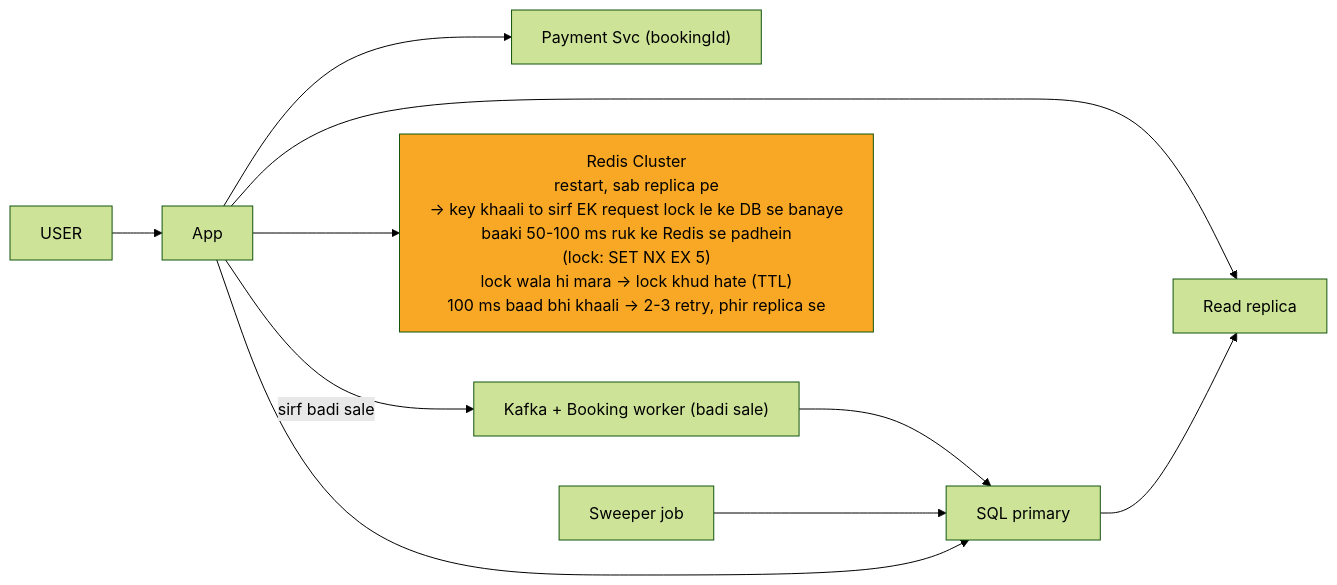
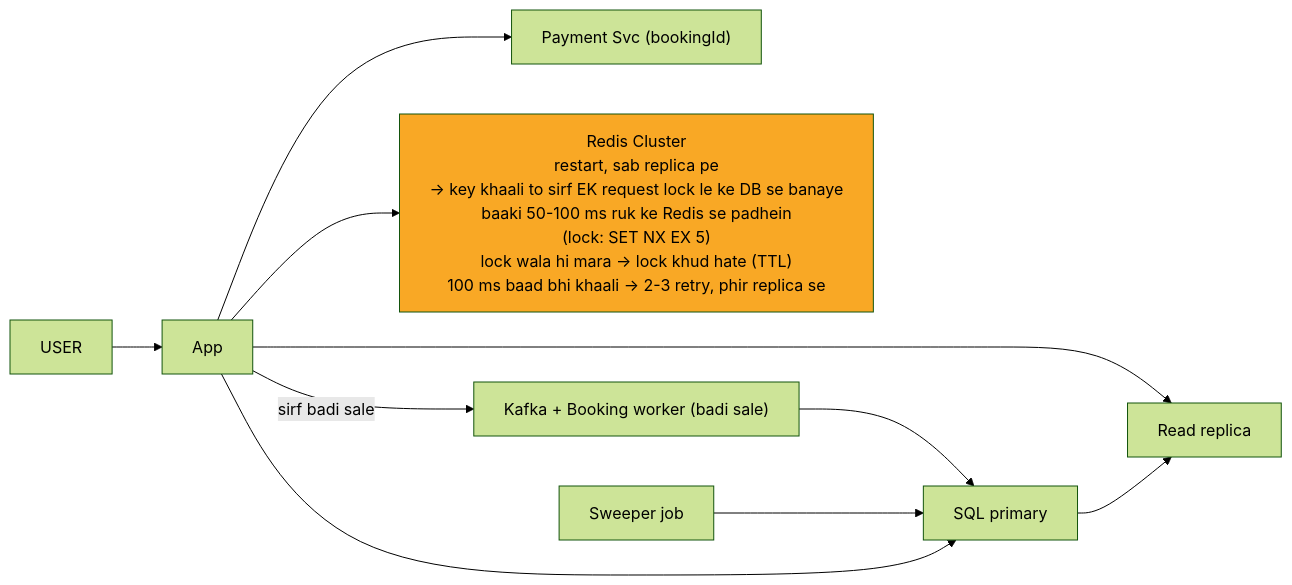
One commit to ArpanMaheshwari144/Prep changed the seventh of 9 diagrams in 04_HLD/SYSTEM_DESIGNS/09_bookmyshow/09_bookmyshow_INTERVIEW.md. Above: the diagram before and after it, drawn with Mermaid (forest theme). The commit also changed other lines of this file and 182 other files, not shown here.

Commit message:
hld 14 file: har diagram mermaid-cli se SVG image (source details me), n_pad hataya, render tool 04_HLD/tools

````diff
--- a/04_HLD/SYSTEM_DESIGNS/09_bookmyshow/09_bookmyshow_INTERVIEW.md
+++ b/04_HLD/SYSTEM_DESIGNS/09_bookmyshow/09_bookmyshow_INTERVIEW.md
@@ -300,25 +328,22 @@
 ```mermaid
 %%{init: {"flowchart": {"wrappingWidth": 450}}}%%
 flowchart LR
     n_USER["USER"]
     n_App["App"]
     n_Payment_Svc["Payment Svc (bookingId)"]
     n_Redis["Redis Cluster<br/>restart, sab replica pe<br/>-> key khaali to sirf EK request lock le ke DB se banaye<br/>baaki 50-100 ms ruk ke Redis se padhein<br/>(lock: SET NX EX 5)<br/>lock wala hi mara -> lock khud hate (TTL)<br/>100 ms baad bhi khaali -> 2-3 retry, phir replica se"]
     n_Read_replica["Read replica"]
     n_KB["Kafka + Booking worker (badi sale)"]
     n_SQL_primary["SQL primary"]
     n_Sweeper_job["Sweeper job"]
     n_USER --> n_App
     n_App --> n_Payment_Svc
     n_App --> n_Redis
     n_App --> n_Read_replica
     n_App -->|sirf badi sale| n_KB
     n_KB --> n_SQL_primary
     n_Sweeper_job --> n_SQL_primary
     n_App --> n_SQL_primary
     n_SQL_primary --> n_Read_replica
-    n_pad["xxxxxxxxxxxxxxxx"]
-    n_Redis ~~~ n_pad
     style n_Redis fill:#f9a825,color:#000
-    style n_pad fill:none,stroke:none,color:#ffffff00
 ```
````
